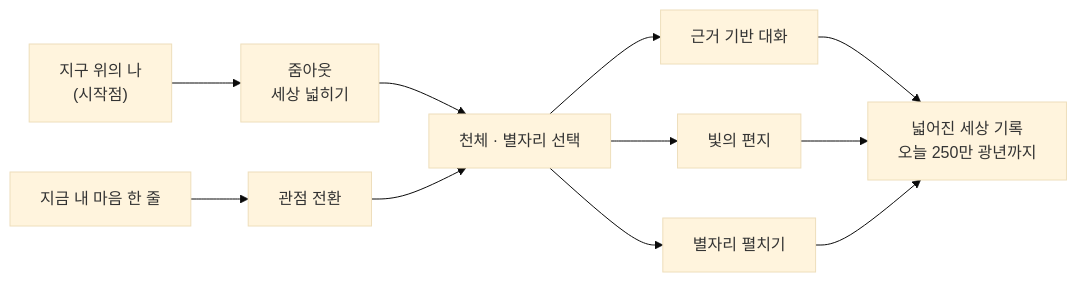
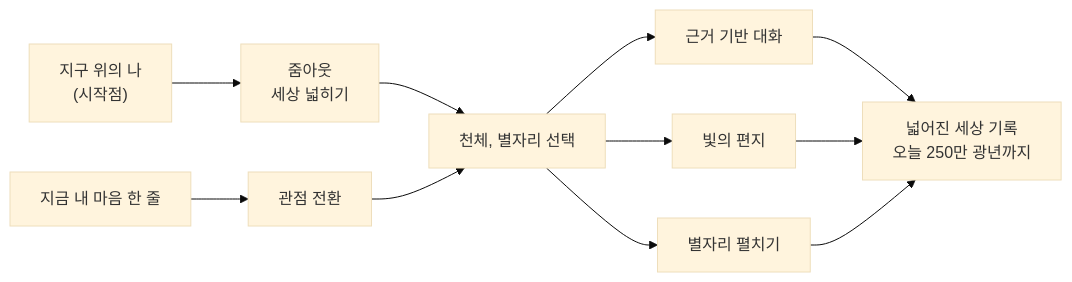
The first of 7 diagrams in docs/01_project_plan.md (bnbong/VastHorizon), drawn with Mermaid (base theme) before and after one commit. The commit also changed other lines of this file and 30 other files, not shown here.

````diff
--- a/docs/01_project_plan.md
+++ b/docs/01_project_plan.md
@@ -81,13 +81,13 @@
 ```mermaid
 flowchart LR
     A["지구 위의 나<br/>(시작점)"] --> B["줌아웃<br/>세상 넓히기"]
-    B --> C["천체 · 별자리 선택"]
+    B --> C["천체, 별자리 선택"]
     C --> D["근거 기반 대화"]
     C --> E["빛의 편지"]
     C --> F["별자리 펼치기"]
     D --> G["넓어진 세상 기록<br/>오늘 250만 광년까지"]
     E --> G
     F --> G
     H["지금 내 마음 한 줄"] --> I["관점 전환"]
     I --> C
 ```
````
